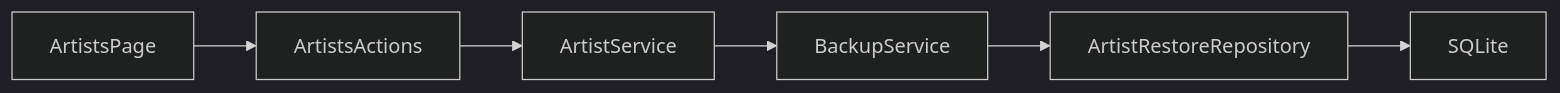
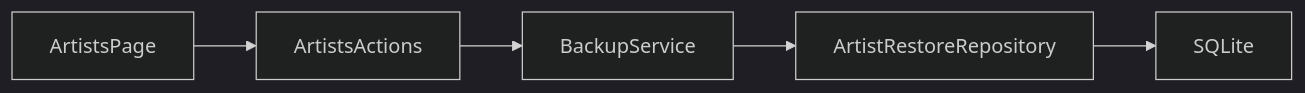
One commit to PKT0623/PixivLocalManager changed the eighth of 14 diagrams in docs/07_ARCHITECTURE.md. Above: the diagram before and after it, drawn with Mermaid (dark theme). The commit also changed other lines of this file and 10 other files, not shown here.

````diff
--- a/docs/07_ARCHITECTURE.md
+++ b/docs/07_ARCHITECTURE.md
@@ -382,10 +357,9 @@
-```mermaid id="r28ag5"
+```mermaid
 flowchart LR
 
 ArtistsPage
 --> ArtistsActions
---> ArtistService
 --> BackupService
 --> ArtistRestoreRepository
 --> SQLite
 ```
````
